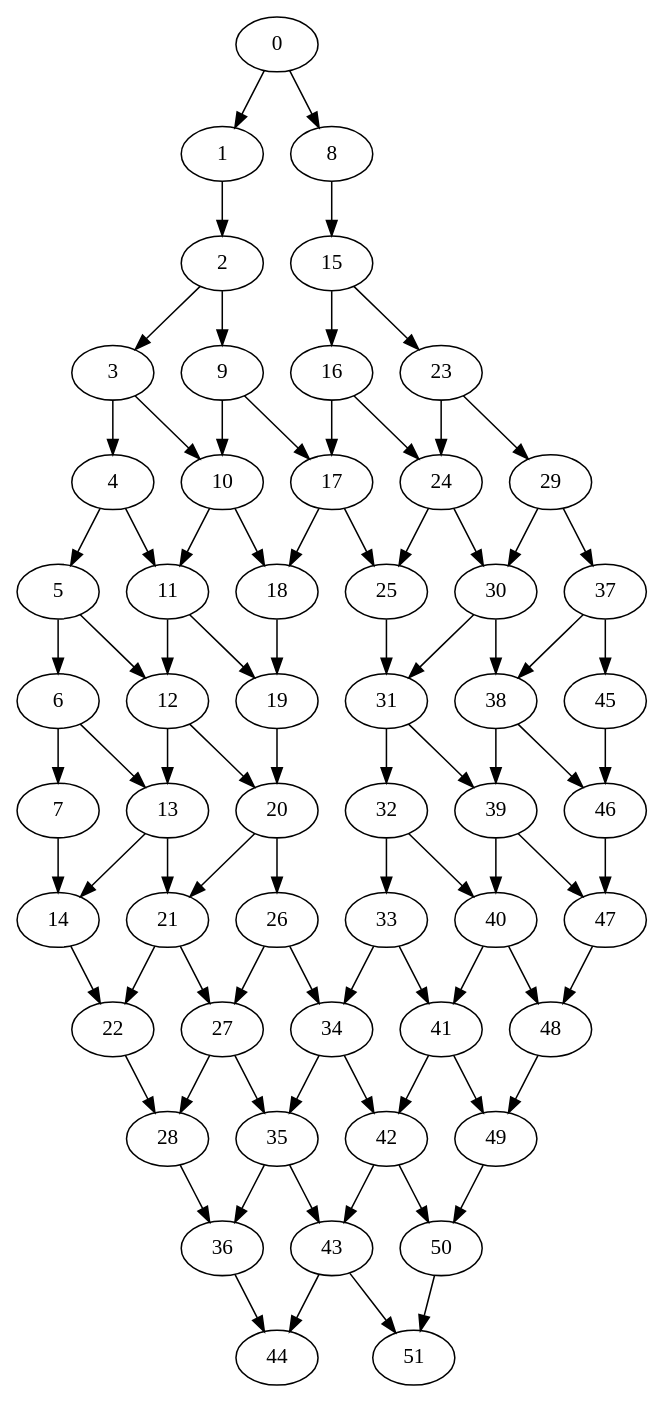
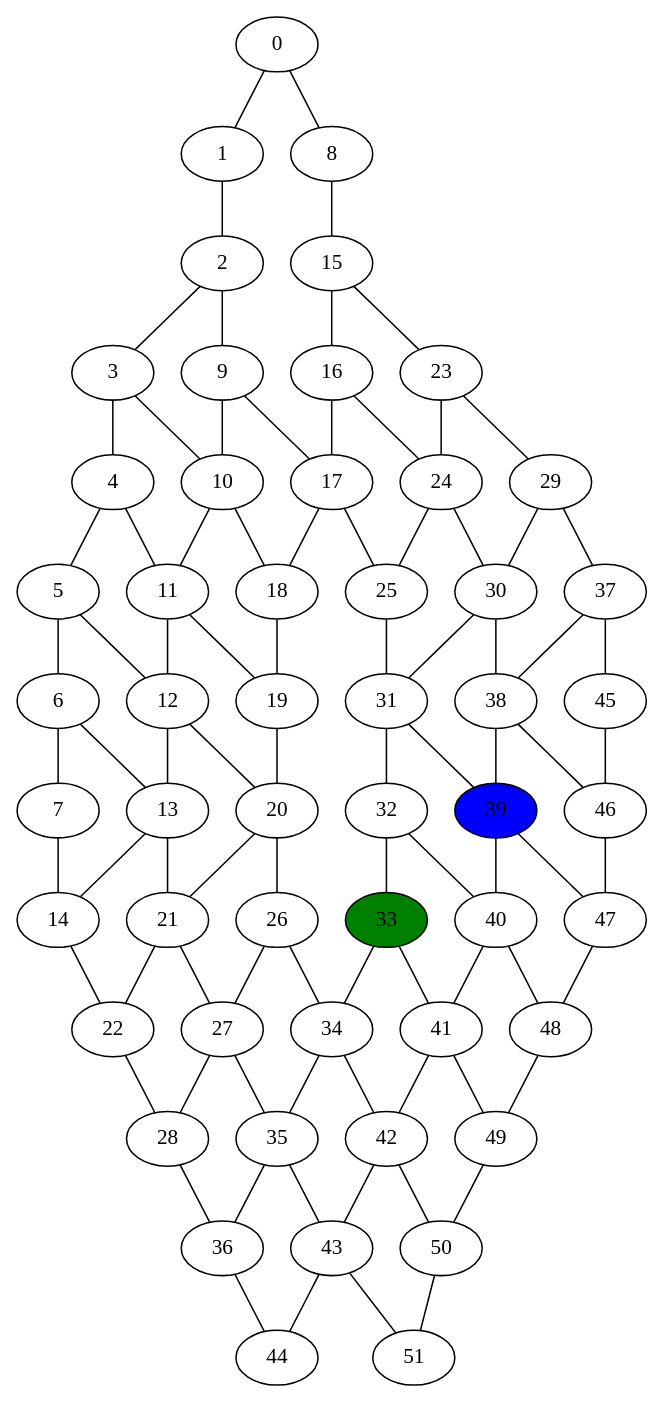
One commit to nox-x/finder changed the diagram in dot/graph52b.txt.dot. Above: the diagram before and after it, drawn with Graphviz. The commit also changed 21 other files, not shown here.

```diff
--- a/dot/graph52b.txt.dot
+++ b/dot/graph52b.txt.dot
@@ -1,86 +1,88 @@
-digraph G {
-0 -> 1
-0 -> 8
-1 -> 2
-2 -> 3
-2 -> 9
-3 -> 4
-3 -> 10
-4 -> 5
-4 -> 11
-5 -> 6
-5 -> 12
-6 -> 7
-6 -> 13
-7 -> 14
-8 -> 15
-9 -> 10
-9 -> 17
-10 -> 11
-10 -> 18
-11 -> 12
-11 -> 19
-12 -> 13
-12 -> 20
-13 -> 14
-13 -> 21
-14 -> 22
-15 -> 16
-15 -> 23
-16 -> 17
-16 -> 24
-17 -> 18
-17 -> 25
-18 -> 19
-19 -> 20
-20 -> 21
-20 -> 26
-21 -> 22
-21 -> 27
-22 -> 28
-23 -> 24
-23 -> 29
-24 -> 25
-24 -> 30
-25 -> 31
-26 -> 27
-26 -> 34
-27 -> 28
-27 -> 35
-28 -> 36
-29 -> 30
-29 -> 37
-30 -> 31
-30 -> 38
-31 -> 32
-31 -> 39
-32 -> 33
-32 -> 40
-33 -> 34
-33 -> 41
-34 -> 35
-34 -> 42
-35 -> 36
-35 -> 43
-36 -> 44
-37 -> 38
-37 -> 45
-38 -> 39
-38 -> 46
-39 -> 40
-39 -> 47
-40 -> 41
-40 -> 48
-41 -> 42
-41 -> 49
-42 -> 43
-42 -> 50
-43 -> 44
-43 -> 51
-45 -> 46
-46 -> 47
-47 -> 48
-48 -> 49
-49 -> 50
-50 -> 51
+graph G {
+0 -- 1
+0 -- 8
+1 -- 2
+2 -- 3
+2 -- 9
+3 -- 4
+3 -- 10
+4 -- 5
+4 -- 11
+5 -- 6
+5 -- 12
+6 -- 7
+6 -- 13
+7 -- 14
+8 -- 15
+9 -- 10
+9 -- 17
+10 -- 11
+10 -- 18
+11 -- 12
+11 -- 19
+12 -- 13
+12 -- 20
+13 -- 14
+13 -- 21
+14 -- 22
+15 -- 16
+15 -- 23
+16 -- 17
+16 -- 24
+17 -- 18
+17 -- 25
+18 -- 19
+19 -- 20
+20 -- 21
+20 -- 26
+21 -- 22
+21 -- 27
+22 -- 28
+23 -- 24
+23 -- 29
+24 -- 25
+24 -- 30
+25 -- 31
+26 -- 27
+26 -- 34
+27 -- 28
+27 -- 35
+28 -- 36
+29 -- 30
+29 -- 37
+30 -- 31
+30 -- 38
+31 -- 32
+31 -- 39
+32 -- 33
+32 -- 40
+33 -- 34
+33 -- 41
+34 -- 35
+34 -- 42
+35 -- 36
+35 -- 43
+36 -- 44
+37 -- 38
+37 -- 45
+38 -- 39
+38 -- 46
+39 -- 40
+39 -- 47
+40 -- 41
+40 -- 48
+41 -- 42
+41 -- 49
+42 -- 43
+42 -- 50
+43 -- 44
+43 -- 51
+45 -- 46
+46 -- 47
+47 -- 48
+48 -- 49
+49 -- 50
+50 -- 51
+33 [fillcolor=green, style=filled]
+39 [fillcolor=blue, style=filled]
 }
```
